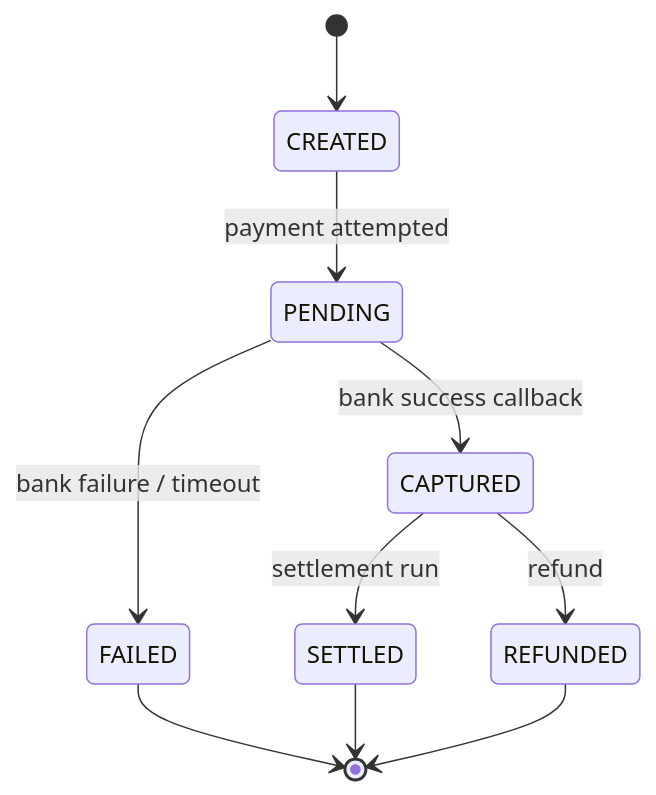
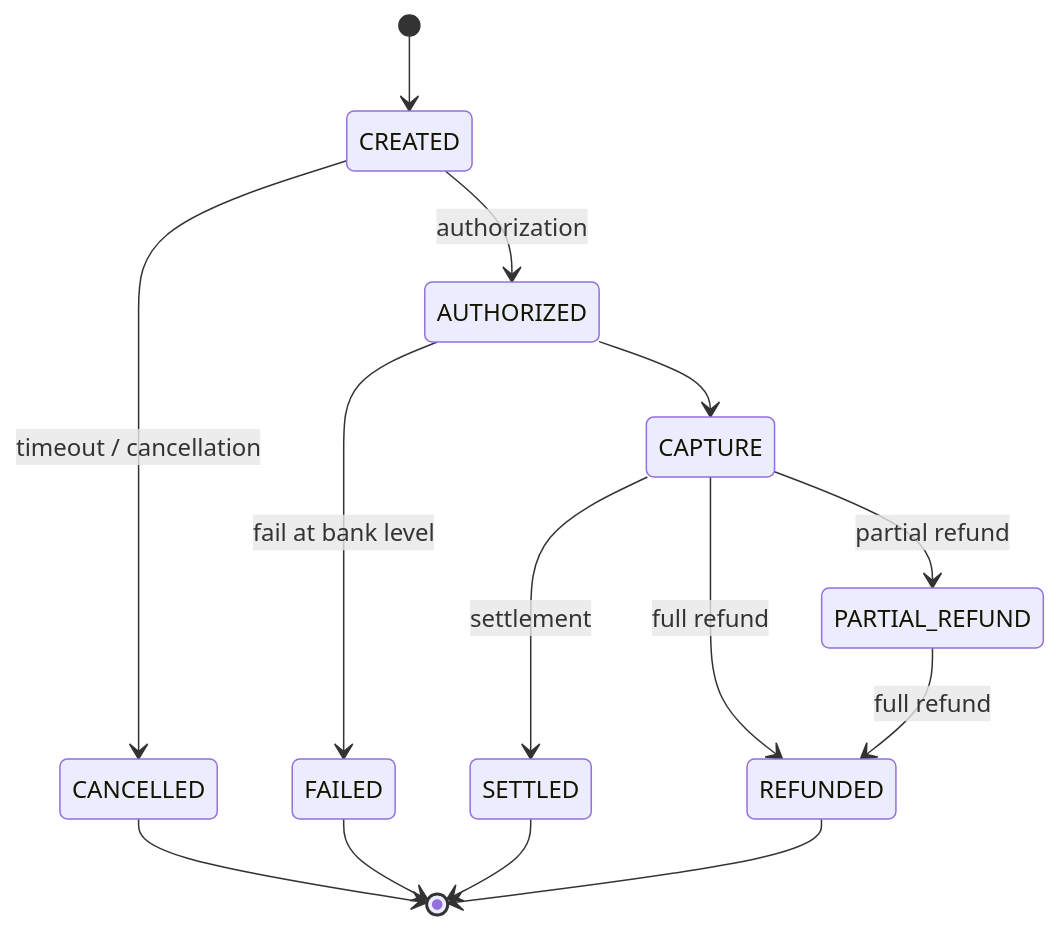
Before and after one commit to KamaliyaVishal/spring-boot-microservice-razorpay-clone: the second of 5 diagrams in README.md, drawn with Mermaid. The commit also changed other lines of this file, not shown here.

````diff
--- a/README.md
+++ b/README.md
@@ -171,12 +122,16 @@
 ```mermaid
 stateDiagram-v2
     [*] --> CREATED
-    CREATED --> PENDING: payment attempted
-    PENDING --> CAPTURED: bank success callback
-    PENDING --> FAILED: bank failure / timeout
-    CAPTURED --> SETTLED: settlement run
-    CAPTURED --> REFUNDED: refund
+    CREATED --> AUTHORIZED: authorization
+    CREATED --> CANCELLED: timeout / cancellation
+    AUTHORIZED --> FAILED: fail at bank level
+    AUTHORIZED --> CAPTURE
+    CAPTURE --> SETTLED: settlement
+    CAPTURE --> PARTIAL_REFUND: partial refund
+    CAPTURE --> REFUNDED: full refund
+    PARTIAL_REFUND --> REFUNDED: full refund
+    CANCELLED --> [*]
     FAILED --> [*]
     SETTLED --> [*]
     REFUNDED --> [*]
 ```
````
